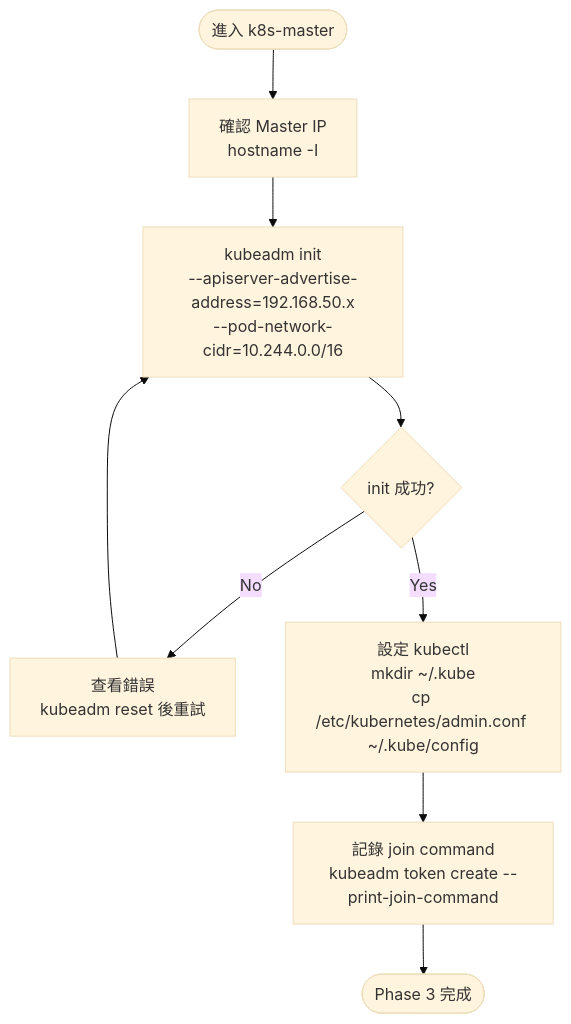
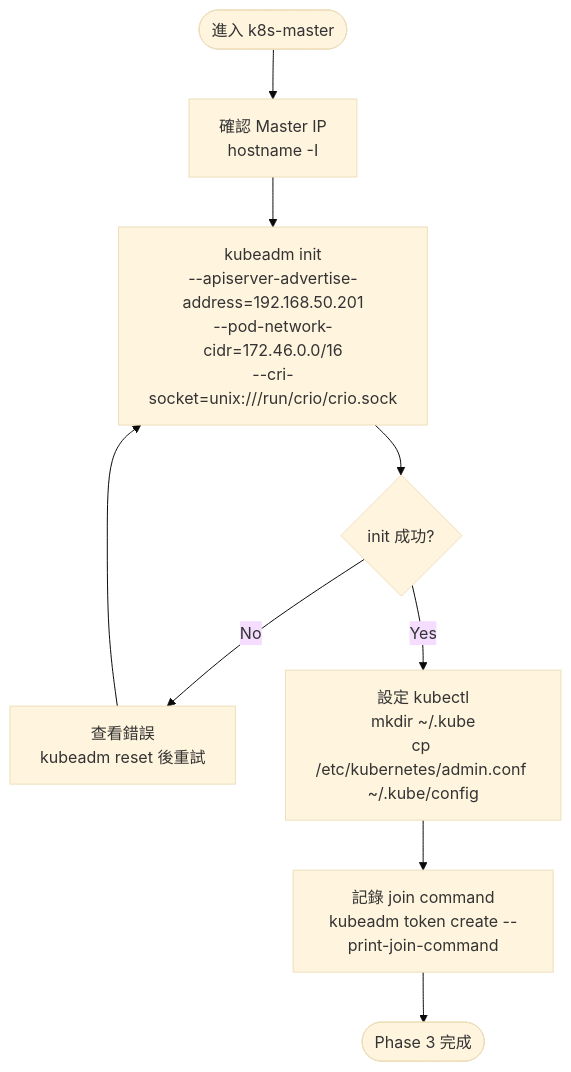
The fourth of 8 diagrams in kubernetes/3node-multipass/setup-flowchart.md (MansionLai/notebook), drawn with Mermaid (base theme) before and after one commit. The commit also changed other lines of this file and 3 other files, not shown here.

````diff
--- a/kubernetes/3node-multipass/setup-flowchart.md
+++ b/kubernetes/3node-multipass/setup-flowchart.md
@@ -73,11 +72,11 @@
 ```mermaid
 flowchart TD
     S([進入 k8s-master]) --> IP[確認 Master IP\nhostname -I]
-    IP --> INIT["kubeadm init\n--apiserver-advertise-address=192.168.50.x\n--pod-network-cidr=10.244.0.0/16"]
+    IP --> INIT["kubeadm init\n--apiserver-advertise-address=192.168.50.201\n--pod-network-cidr=172.46.0.0/16\n--cri-socket=unix:///run/crio/crio.sock"]
     INIT --> CHK{init 成功?}
     CHK -- No --> LOG[查看錯誤\nkubeadm reset 後重試]
     LOG --> INIT
     CHK -- Yes --> KUBE[設定 kubectl\nmkdir ~/.kube\ncp /etc/kubernetes/admin.conf ~/.kube/config]
     KUBE --> SAVE["記錄 join command\nkubeadm token create --print-join-command"]
     SAVE --> DONE([Phase 3 完成])
 ```
````
